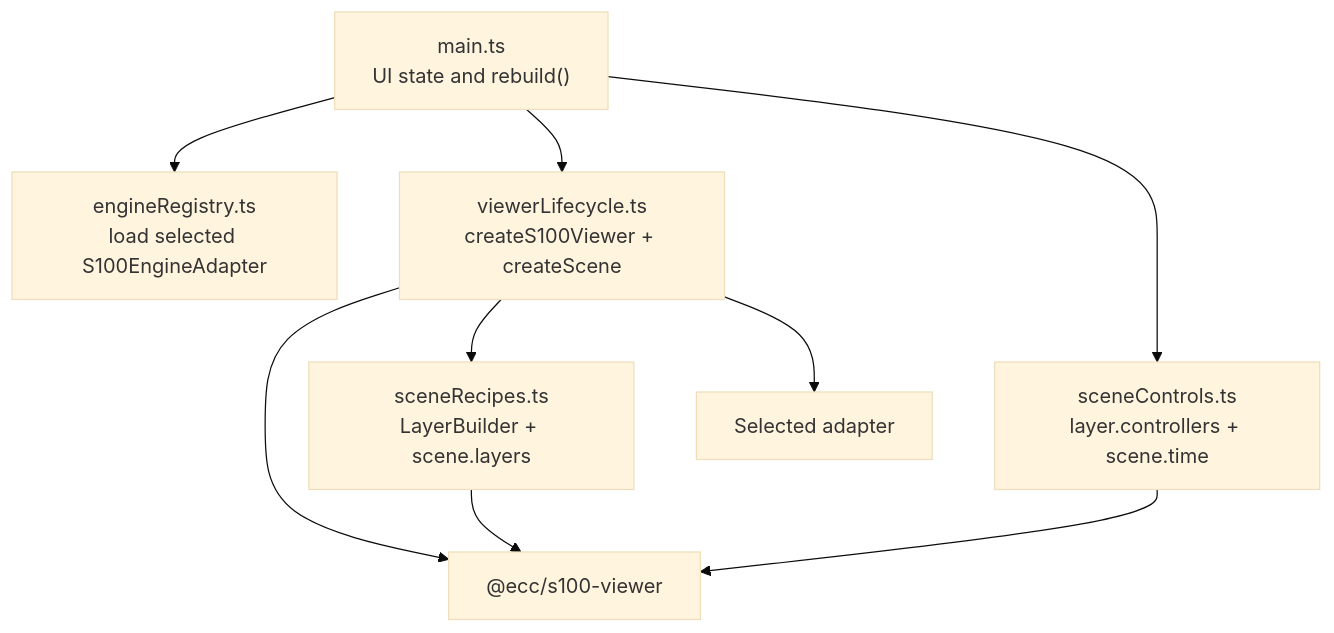
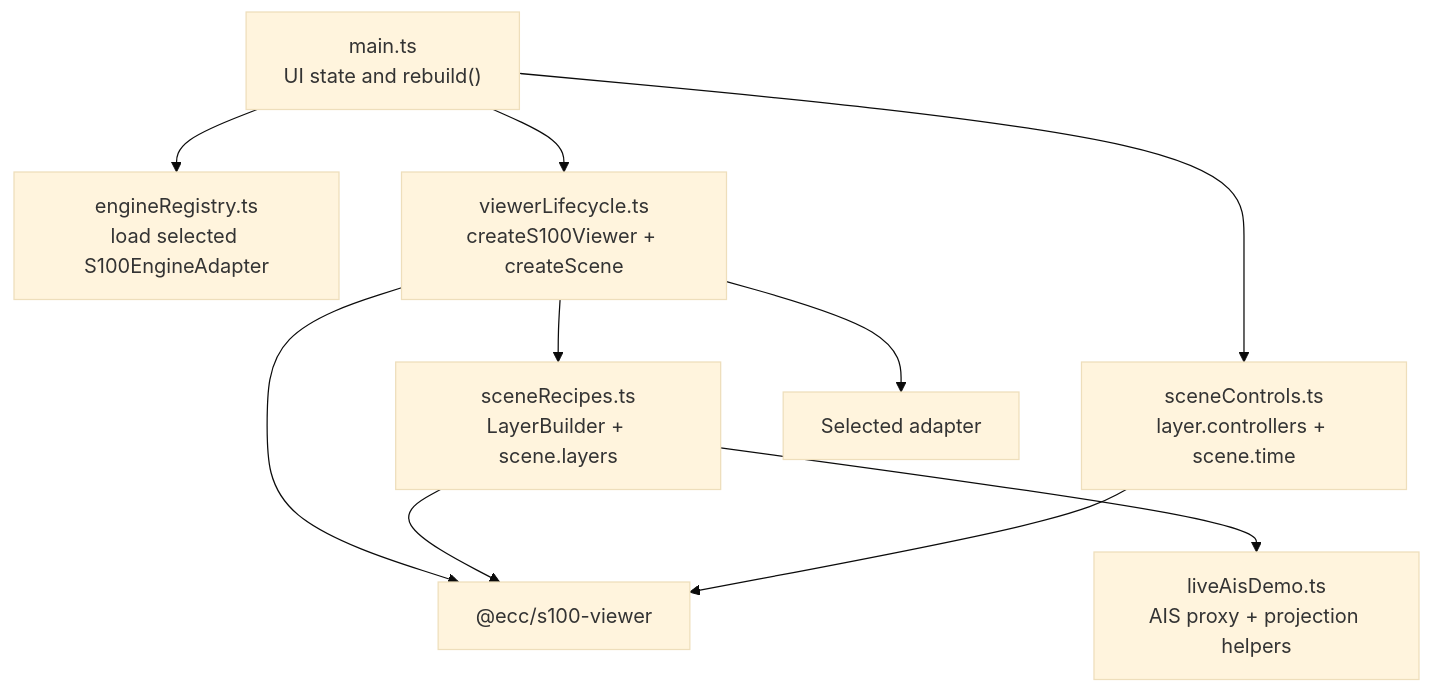
Before and after one commit to ElectronicChartCentre/ecc-s100-lib: the second of 5 diagrams in docs/learn/engine-switcher-practical-guide.md, drawn with Mermaid (base theme). The commit also changed other lines of this file and 24 other files, not shown here.

````diff
--- a/docs/learn/engine-switcher-practical-guide.md
+++ b/docs/learn/engine-switcher-practical-guide.md
@@ -182,19 +197,21 @@
 ```mermaid
 flowchart TD
   Main["main.ts<br/>UI state and rebuild()"]
   Registry["engineRegistry.ts<br/>load selected S100EngineAdapter"]
   Lifecycle["viewerLifecycle.ts<br/>createS100Viewer + createScene"]
   Recipes["sceneRecipes.ts<br/>LayerBuilder + scene.layers"]
+  LiveAis["liveAisDemo.ts<br/>AIS proxy + projection helpers"]
   Controls["sceneControls.ts<br/>layer.controllers + scene.time"]
   Core["@ecc/s100-viewer"]
   Adapter["Selected adapter"]
 
   Main --> Registry
   Main --> Lifecycle
   Lifecycle --> Core
   Lifecycle --> Adapter
   Lifecycle --> Recipes
+  Recipes --> LiveAis
   Main --> Controls
   Recipes --> Core
   Controls --> Core
 ```
````
